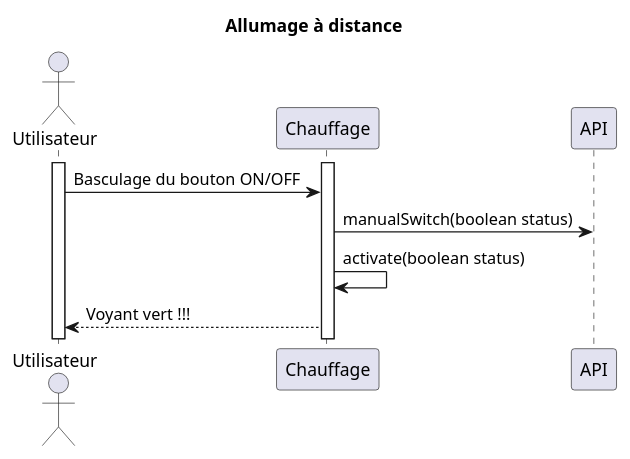
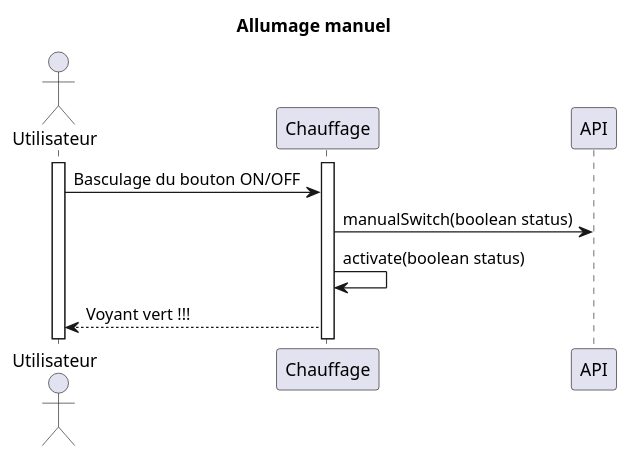
The diagram in diagrams/seq/turn_on_manually.puml (chauffapagnan/documentation), drawn with PlantUML before and after one commit. The commit also changed 1 other file, not shown here.

Commit message:
🐍 fix du nom du diag de séquence de l'allumage manuel

```diff
--- a/diagrams/seq/turn_on_manually.puml
+++ b/diagrams/seq/turn_on_manually.puml
@@ -1,18 +1,18 @@
 @startuml
 
-title Allumage à distance
+title Allumage manuel
 
 actor Utilisateur
 
 activate Utilisateur
 activate Chauffage
 
 Utilisateur -> Chauffage: Basculage du bouton ON/OFF
 Chauffage -> API: manualSwitch(boolean status)
 Chauffage -> Chauffage: activate(boolean status)
 
 Chauffage --> Utilisateur: Voyant vert !!!
 
 deactivate API
 
 @enduml
```
